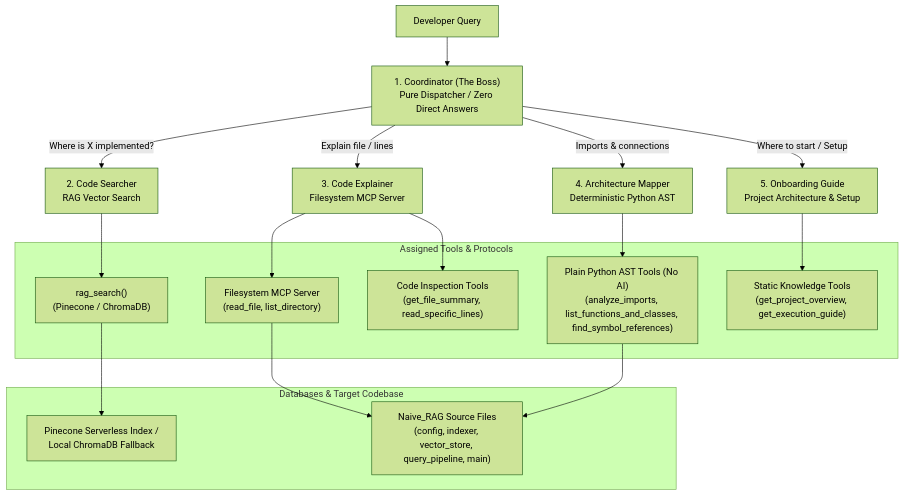
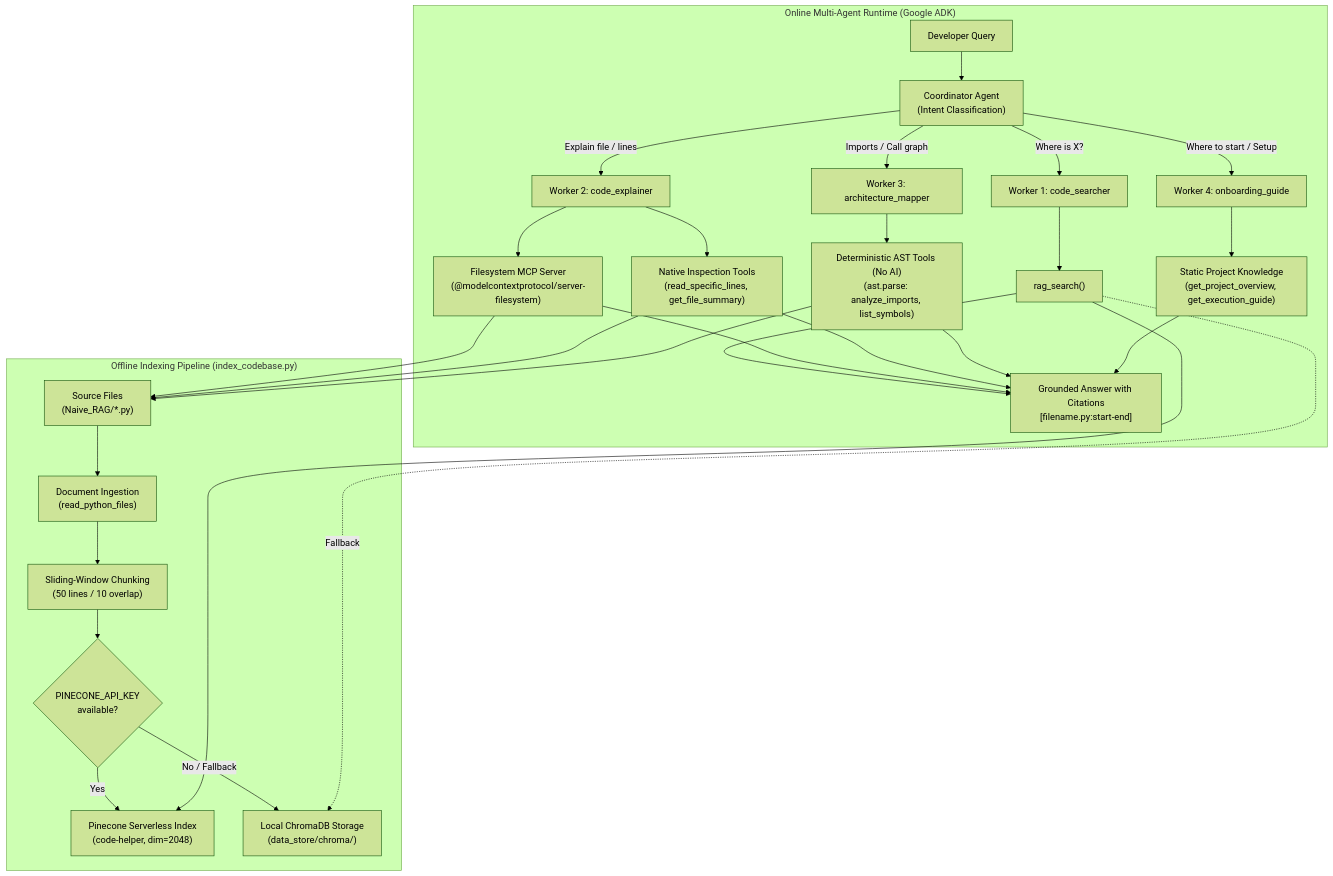
Before and after one commit to dissaa12/Repomind: the diagram in README.md, drawn with Mermaid (forest theme). The commit also changed other lines of this file and 3 other files, not shown here.

Commit message:
Update code helper and project documentation

````diff
--- a/README.md
+++ b/README.md
@@ -43,32 +103,39 @@
 ```mermaid
 graph TD
-    User["Developer Query"] --> Boss["1. Coordinator (The Boss)<br/>Pure Dispatcher / Zero Direct Answers"]
-
-    Boss -->|"Where is X implemented?"| Worker1["2. Code Searcher<br/>RAG Vector Search"]
-    Boss -->|"Explain file / lines"| Worker2["3. Code Explainer<br/>Filesystem MCP Server"]
-    Boss -->|"Imports & connections"| Worker3["4. Architecture Mapper<br/>Deterministic Python AST"]
-    Boss -->|"Where to start / Setup"| Worker4["5. Onboarding Guide<br/>Project Architecture & Setup"]
-
-    subgraph Tools [Assigned Tools & Protocols]
-        Tool1["rag_search()<br/>(Pinecone / ChromaDB)"]
-        Tool2["Filesystem MCP Server<br/>(read_file, list_directory)"]
-        Tool2B["Code Inspection Tools<br/>(get_file_summary, read_specific_lines)"]
-        Tool3["Plain Python AST Tools (No AI)<br/>(analyze_imports, list_functions_and_classes, find_symbol_references)"]
-        Tool4["Static Knowledge Tools<br/>(get_project_overview, get_execution_guide)"]
+    subgraph Ingestion ["Offline Indexing Pipeline (index_codebase.py)"]
+        SrcFiles["Source Files<br/>(Naive_RAG/*.py)"] --> DocIngest["Document Ingestion<br/>(read_python_files)"]
+        DocIngest --> Chunking["Sliding-Window Chunking<br/>(50 lines / 10 overlap)"]
+        Chunking --> EmbedCheck{"PINECONE_API_KEY<br/>available?"}
+        EmbedCheck -->|Yes| PineconeUpsert["Pinecone Serverless Index<br/>(code-helper, dim=2048)"]
+        EmbedCheck -->|No / Fallback| ChromaUpsert["Local ChromaDB Storage<br/>(data_store/chroma/)"]
     end
 
-    Worker1 --> Tool1
-    Worker2 --> Tool2
-    Worker2 --> Tool2B
-    Worker3 --> Tool3
-    Worker4 --> Tool4
+    subgraph Runtime ["Online Multi-Agent Runtime (Google ADK)"]
+        UserQuery["Developer Query"] --> Coordinator["Coordinator Agent<br/>(Intent Classification)"]
+        
+        Coordinator -->|"Where is X?"| Searcher["Worker 1: code_searcher"]
+        Coordinator -->|"Explain file / lines"| Explainer["Worker 2: code_explainer"]
+        Coordinator -->|"Imports / Call graph"| Mapper["Worker 3: architecture_mapper"]
+        Coordinator -->|"Where to start / Setup"| Guide["Worker 4: onboarding_guide"]
 
-    subgraph Storage [Databases & Target Codebase]
-        VectorDB["Pinecone Serverless Index /<br/>Local ChromaDB Fallback"]
-        SourceFiles["Naive_RAG Source Files<br/>(config, indexer, vector_store, query_pipeline, main)"]
+        Searcher --> ToolRAG["rag_search()"]
+        ToolRAG --> PineconeUpsert
+        ToolRAG -.->|Fallback| ChromaUpsert
+
+        Explainer --> ToolMCP["Filesystem MCP Server<br/>(@modelcontextprotocol/server-filesystem)"]
+        Explainer --> ToolCode["Native Inspection Tools<br/>(read_specific_lines, get_file_summary)"]
+        ToolMCP --> SrcFiles
+        ToolCode --> SrcFiles
+
+        Mapper --> ToolAST["Deterministic AST Tools (No AI)<br/>(ast.parse: analyze_imports, list_symbols)"]
+        ToolAST --> SrcFiles
+
+        Guide --> ToolGuide["Static Project Knowledge<br/>(get_project_overview, get_execution_guide)"]
+
+        ToolRAG --> Answer["Grounded Answer with Citations<br/>[filename.py:start-end]"]
+        ToolMCP --> Answer
+        ToolCode --> Answer
+        ToolAST --> Answer
+        ToolGuide --> Answer
     end
-
-    Tool1 --> VectorDB
-    Tool2 --> SourceFiles
-    Tool3 --> SourceFiles
 ```
````
